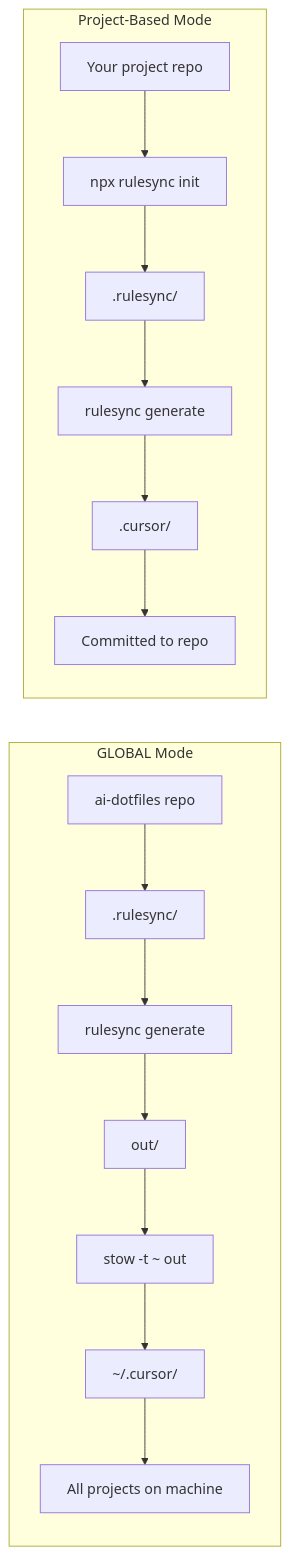
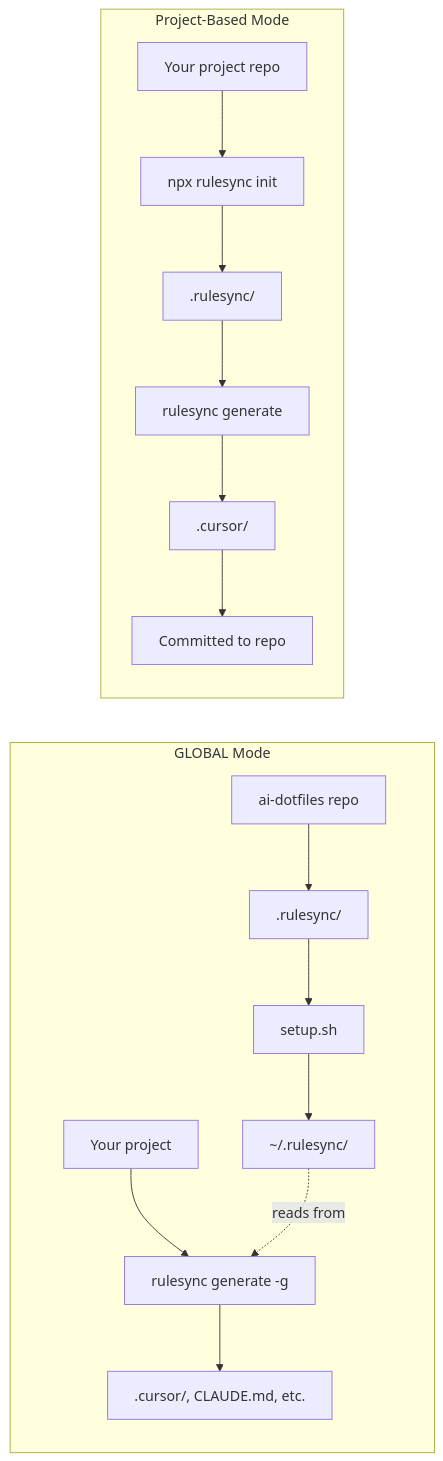
One commit to chris-nowicki/ai-dotfiles changed the diagram in README.md. Above: the diagram before and after it, drawn with Mermaid. The commit also changed other lines of this file and 4 other files, not shown here.

First line of the commit message:
refactor: replace stow-based sync with symlink setup (#2)

````diff
--- a/README.md
+++ b/README.md
@@ -51,36 +51,36 @@
 ```mermaid
 flowchart LR
     subgraph global [GLOBAL Mode]
         direction TB
         G_REPO["ai-dotfiles repo"]
         G_RS[".rulesync/"]
-        G_GEN["rulesync generate"]
-        G_OUT["out/"]
-        G_STOW["stow -t ~ out"]
-        G_HOME["~/.cursor/"]
-        G_ALL["All projects on machine"]
+        G_SETUP["setup.sh"]
+        G_HOME["~/.rulesync/"]
+        G_PROJECT["Your project"]
+        G_GEN["rulesync generate -g"]
+        G_OUT[".cursor/, CLAUDE.md, etc."]
 
         G_REPO --> G_RS
-        G_RS --> G_GEN
+        G_RS --> G_SETUP
+        G_SETUP --> G_HOME
+        G_PROJECT --> G_GEN
         G_GEN --> G_OUT
-        G_OUT --> G_STOW
-        G_STOW --> G_HOME
-        G_HOME --> G_ALL
+        G_HOME -.->|reads from| G_GEN
     end
 
     subgraph project [Project-Based Mode]
         direction TB
         P_REPO["Your project repo"]
         P_INIT["npx rulesync init"]
         P_RS[".rulesync/"]
         P_GEN["rulesync generate"]
         P_OUT[".cursor/"]
         P_STAY["Committed to repo"]
 
         P_REPO --> P_INIT
         P_INIT --> P_RS
         P_RS --> P_GEN
         P_GEN --> P_OUT
         P_OUT --> P_STAY
     end
 ```
````
